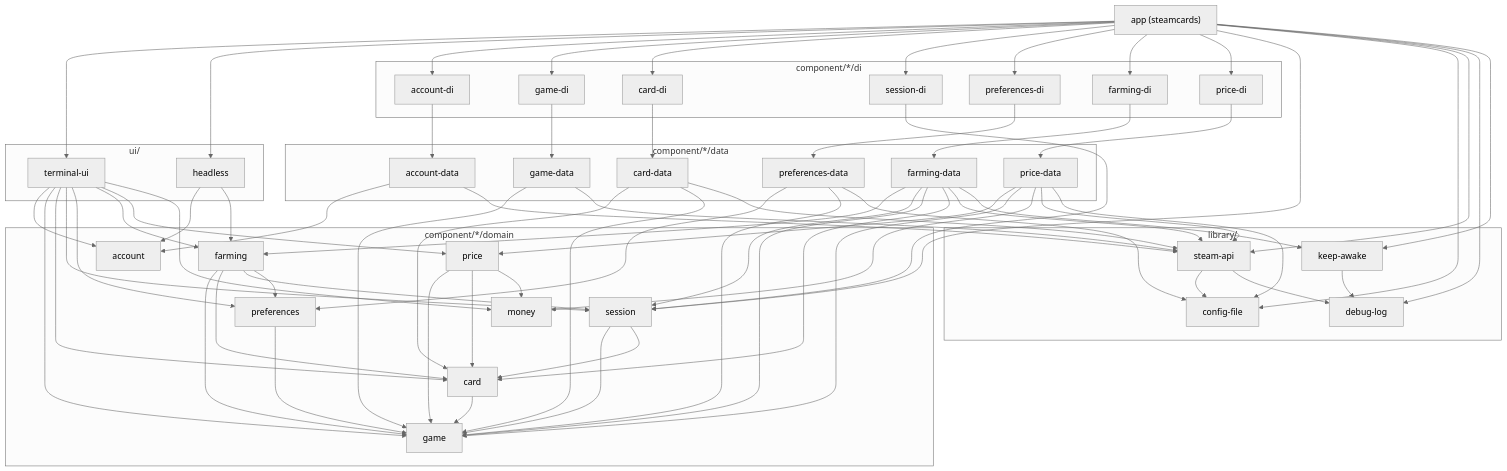
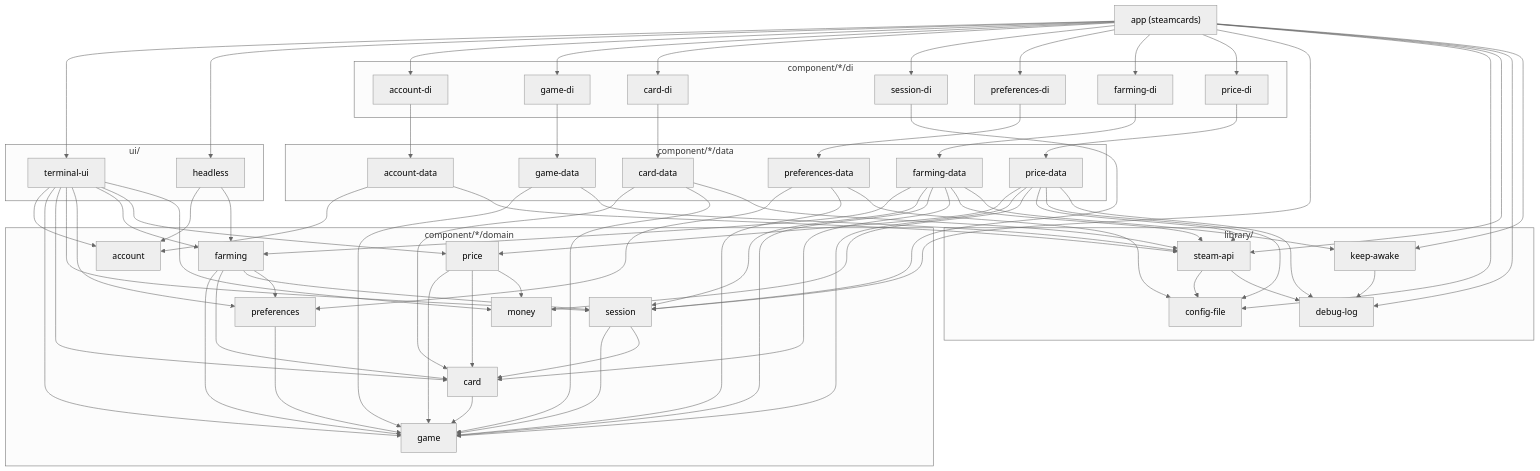
The diagram in docs/architecture.md (joshgallantt/steamcards), drawn with Mermaid (neutral theme) before and after one commit. The commit also changed other lines of this file and 19 other files, not shown here.

````diff
--- a/docs/architecture.md
+++ b/docs/architecture.md
@@ -370,70 +381,70 @@
 ```mermaid
 graph TD
     APP["app (steamcards)"]
 
     subgraph UI["ui/"]
         TUI[terminal-ui]
         HL[headless]
     end
 
     subgraph DI["component/*/di"]
         ADI[account-di]
         GDI[game-di]
         CDI[card-di]
         SDI[session-di]
         PDI[preferences-di]
         FDI[farming-di]
         PRDI[price-di]
     end
 
     subgraph DATA["component/*/data"]
         AD[account-data]
         GD[game-data]
         CD[card-data]
         PD[preferences-data]
         FD[farming-data]
         PRD[price-data]
     end
 
     subgraph DOMAIN["component/*/domain"]
         MON[money]
         ACC[account]
         GAME[game]
         CARD[card]
         SES[session]
         PREF[preferences]
         FARM[farming]
         PRICE[price]
     end
 
     subgraph LIBS["library/"]
         SA[steam-api]
         CF[config-file]
         DL[debug-log]
         KA[keep-awake]
     end
 
     APP --> TUI & HL & ADI & GDI & CDI & SDI & PDI & FDI & PRDI & SES & CF & SA & DL & KA
     TUI --> ACC & GAME & CARD & SES & PREF & FARM & PRICE & MON
     HL --> ACC & FARM
     ADI --> AD
     GDI --> GD
     CDI --> CD
     PDI --> PD
     FDI --> FD
     SDI --> SES
     PRDI --> PRD
     AD --> ACC & SA
     GD --> GAME & SA
     CD --> CARD & GAME & SA
     PD --> PREF & GAME & CF
     FD --> FARM & SES & GAME & CARD & SA & KA
-    PRD --> PRICE & GAME & MON & SA & CF
+    PRD --> PRICE & GAME & MON & SA & CF & DL
     CARD --> GAME
     PREF --> GAME
     SES --> GAME & CARD
     FARM --> GAME & CARD & SES & PREF
     PRICE --> GAME & CARD & MON
     SA --> CF & DL
     KA --> DL
 ```
````
